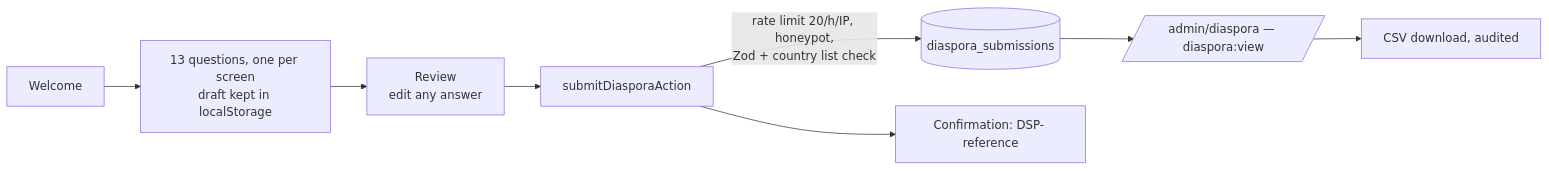
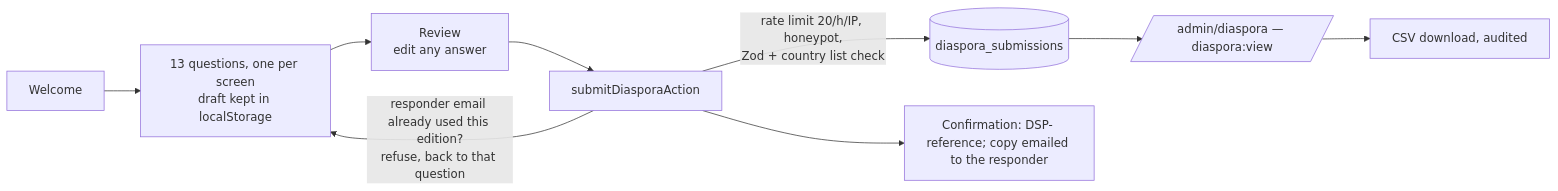
The seventh of 7 diagrams in docs/03-App-Flow.md (E310-Tech-Team/mmpraise-registration), drawn with Mermaid before and after one commit. The commit also changed other lines of this file and 17 other files, not shown here.

First line of the commit message:
feat(diaspora): Title Case questions, WhatsApp numbers, responder copy, one response per email

````diff
--- a/docs/03-App-Flow.md
+++ b/docs/03-App-Flow.md
@@ -185,7 +185,8 @@
 ```mermaid
 flowchart LR
   W[Welcome] --> Q[13 questions, one per screen<br/>draft kept in localStorage] --> R[Review<br/>edit any answer] --> S[submitDiasporaAction]
   S -->|rate limit 20/h/IP, honeypot,<br/>Zod + country list check| DB[(diaspora_submissions)]
-  S --> C[Confirmation: DSP- reference]
+  S -->|responder email already used this edition?<br/>refuse, back to that question| Q
+  S --> C[Confirmation: DSP- reference; copy emailed to the responder]
   DB --> A[/admin/diaspora — diaspora:view/] --> X[CSV download, audited]
 ```
````
